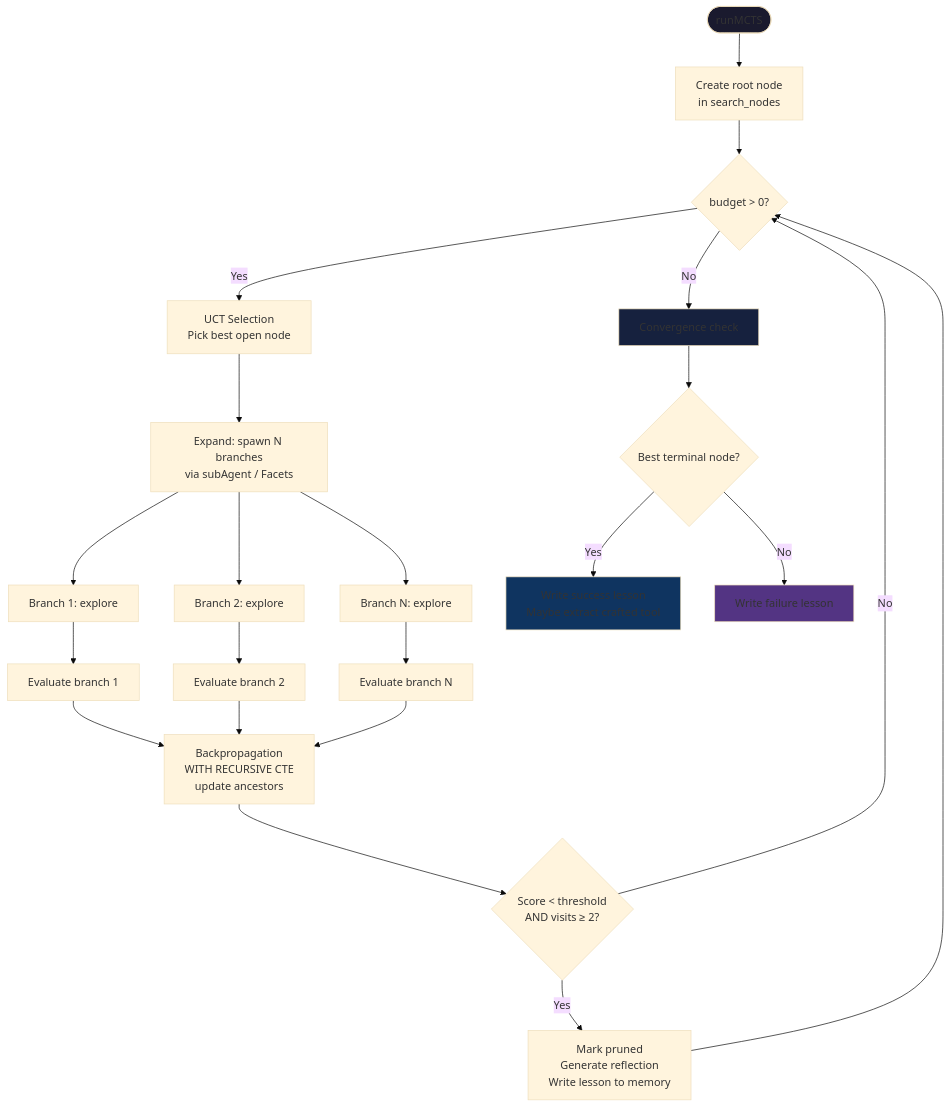
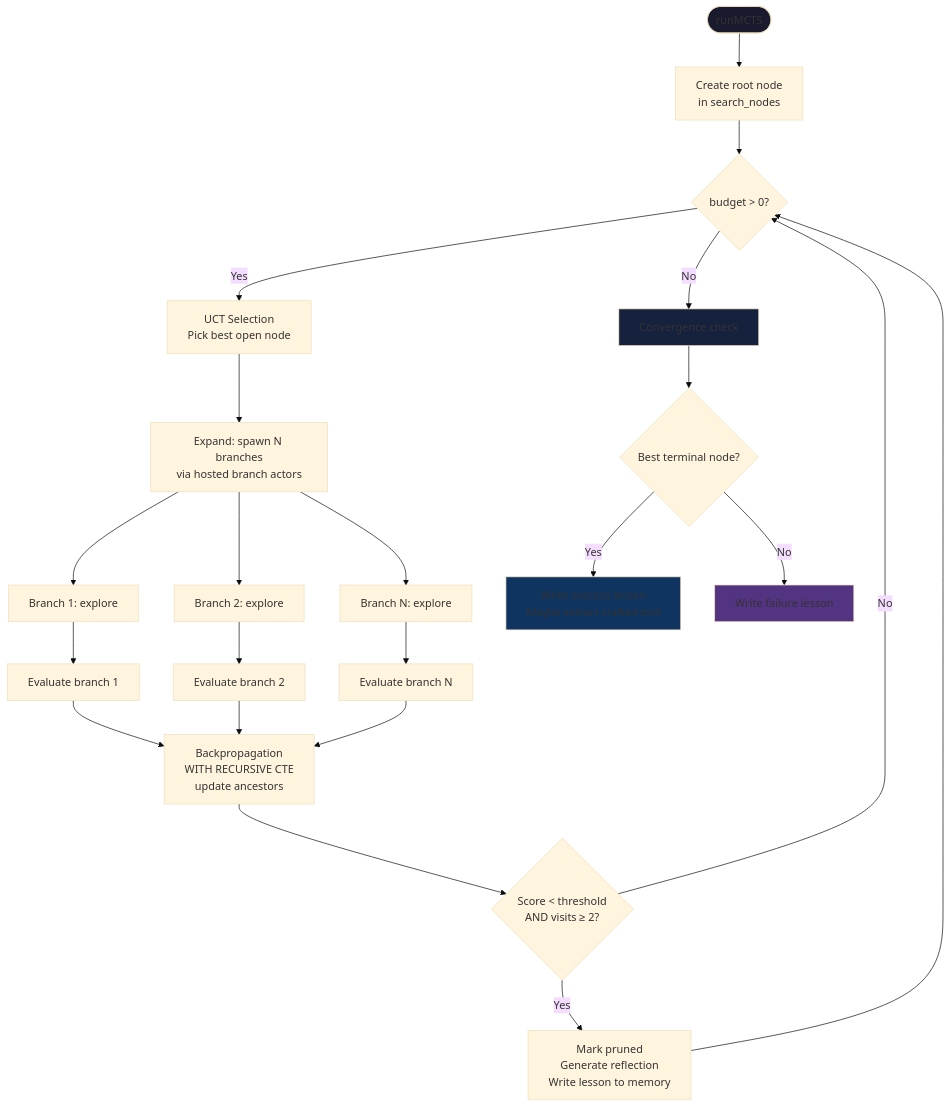
The diagram in docs/MCTS.md (AshishKumar4/kinu), drawn with Mermaid (base theme) before and after one commit. The commit also changed other lines of this file and 7 other files, not shown here.

First line of the commit message:
docs(consolidation): state the one-store architecture once

````diff
--- a/docs/MCTS.md
+++ b/docs/MCTS.md
@@ -49,29 +48,29 @@
 ```mermaid
 flowchart TD
     Start([runMCTS]) --> Init[Create root node<br/>in search_nodes]
     Init --> Budget{budget > 0?}
     Budget -->|No| Conv[Convergence check]
     Budget -->|Yes| Select[UCT Selection<br/>Pick best open node]
-    Select --> Expand[Expand: spawn N branches<br/>via subAgent / Facets]
+    Select --> Expand[Expand: spawn N branches<br/>via hosted branch actors]
     Expand --> Sim1[Branch 1: explore]
     Expand --> Sim2[Branch 2: explore]
     Expand --> SimN[Branch N: explore]
     Sim1 --> Eval1[Evaluate branch 1]
     Sim2 --> Eval2[Evaluate branch 2]
     SimN --> EvalN[Evaluate branch N]
     Eval1 --> BP[Backpropagation<br/>WITH RECURSIVE CTE<br/>update ancestors]
     Eval2 --> BP
     EvalN --> BP
     BP --> Prune{Score < threshold<br/>AND visits ≥ 2?}
     Prune -->|Yes| PruneNode[Mark pruned<br/>Generate reflection<br/>Write lesson to memory]
     Prune -->|No| Budget
     PruneNode --> Budget
     Conv --> Best{Best terminal node?}
     Best -->|Yes| Success[Write success lesson<br/>Maybe extract crafted tool]
     Best -->|No| Fail[Write failure lesson]
 
     style Start fill:#1a1a2e
     style Conv fill:#16213e
     style Success fill:#0f3460
     style Fail fill:#533483
 ```
````
